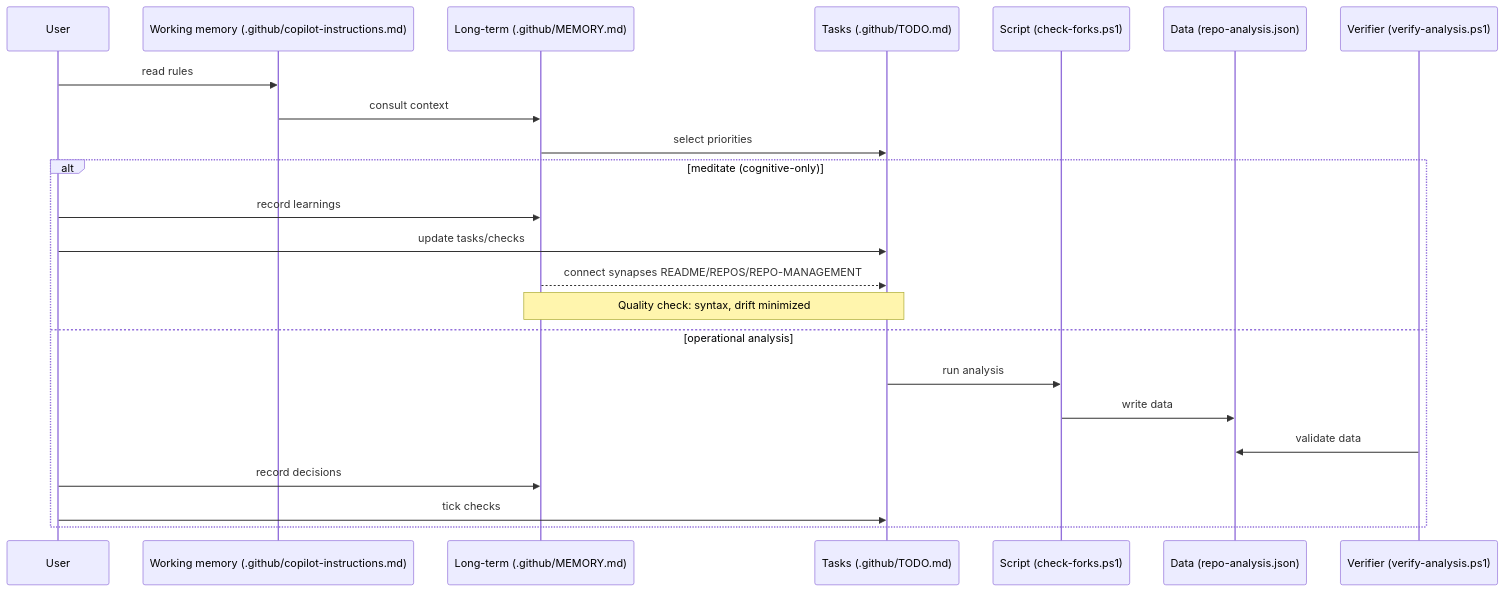
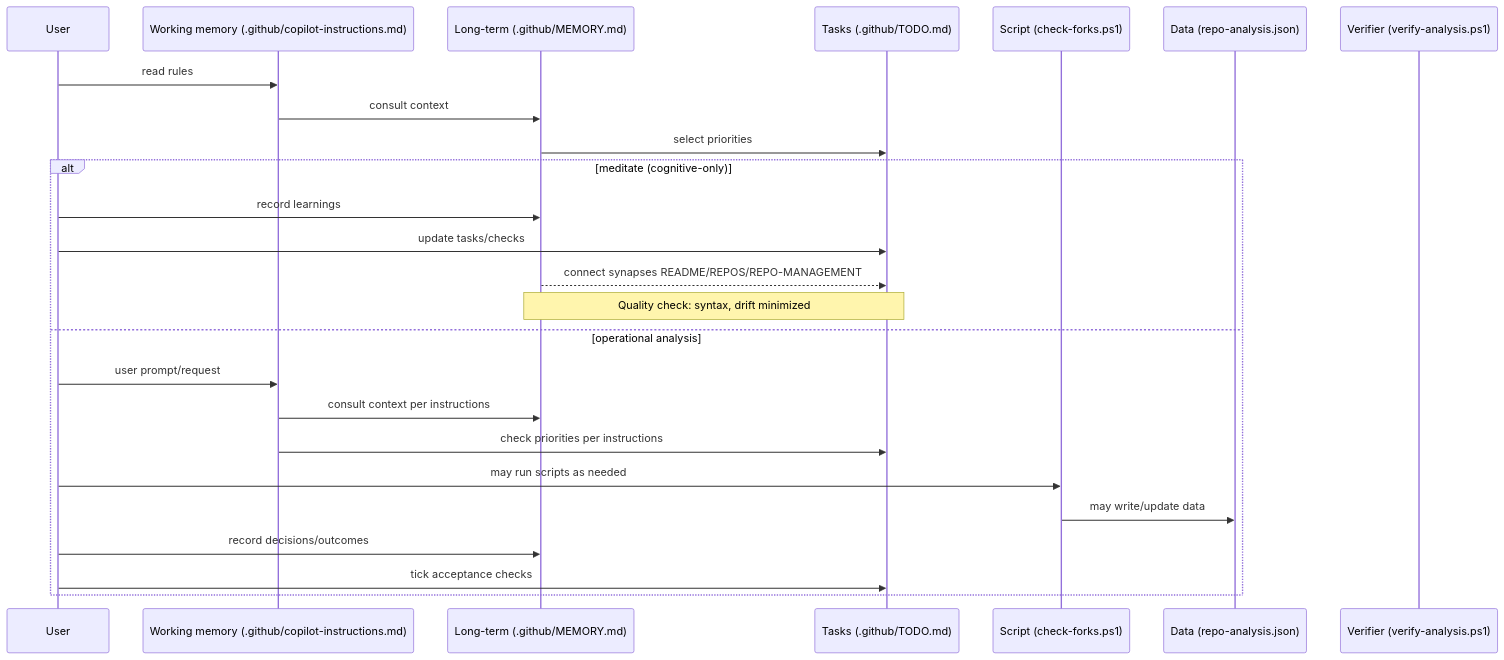
The third of 3 diagrams in COGNITIVE.md (fabioc-aloha/fabioc-aloha), drawn with Mermaid before and after one commit. The commit also changed other lines of this file, not shown here.

Commit message:
docs(cognitive): fix operational flow to show user prompt processing through working memory

````diff
--- a/COGNITIVE.md
+++ b/COGNITIVE.md
@@ -122,27 +124,29 @@
 ```mermaid
 sequenceDiagram
   participant U as User
   participant WM as Working memory (.github/copilot-instructions.md)
   participant LT as Long-term (.github/MEMORY.md)
   participant TD as Tasks (.github/TODO.md)
   participant SC as Script (check-forks.ps1)
   participant JS as Data (repo-analysis.json)
   participant VF as Verifier (verify-analysis.ps1)
 
   U->>WM: read rules
   WM->>LT: consult context
   LT->>TD: select priorities
 
   alt meditate (cognitive-only)
     U->>LT: record learnings
     U->>TD: update tasks/checks
     LT-->>TD: connect synapses README/REPOS/REPO-MANAGEMENT
     Note over LT,TD: Quality check: syntax, drift minimized
   else operational analysis
-    TD->>SC: run analysis
-    SC->>JS: write data
-    VF->>JS: validate data
-    U->>LT: record decisions
-    U->>TD: tick checks
+    U->>WM: user prompt/request
+    WM->>LT: consult context per instructions
+    WM->>TD: check priorities per instructions
+    U->>SC: may run scripts as needed
+    SC->>JS: may write/update data
+    U->>LT: record decisions/outcomes
+    U->>TD: tick acceptance checks
   end
 ```
````
